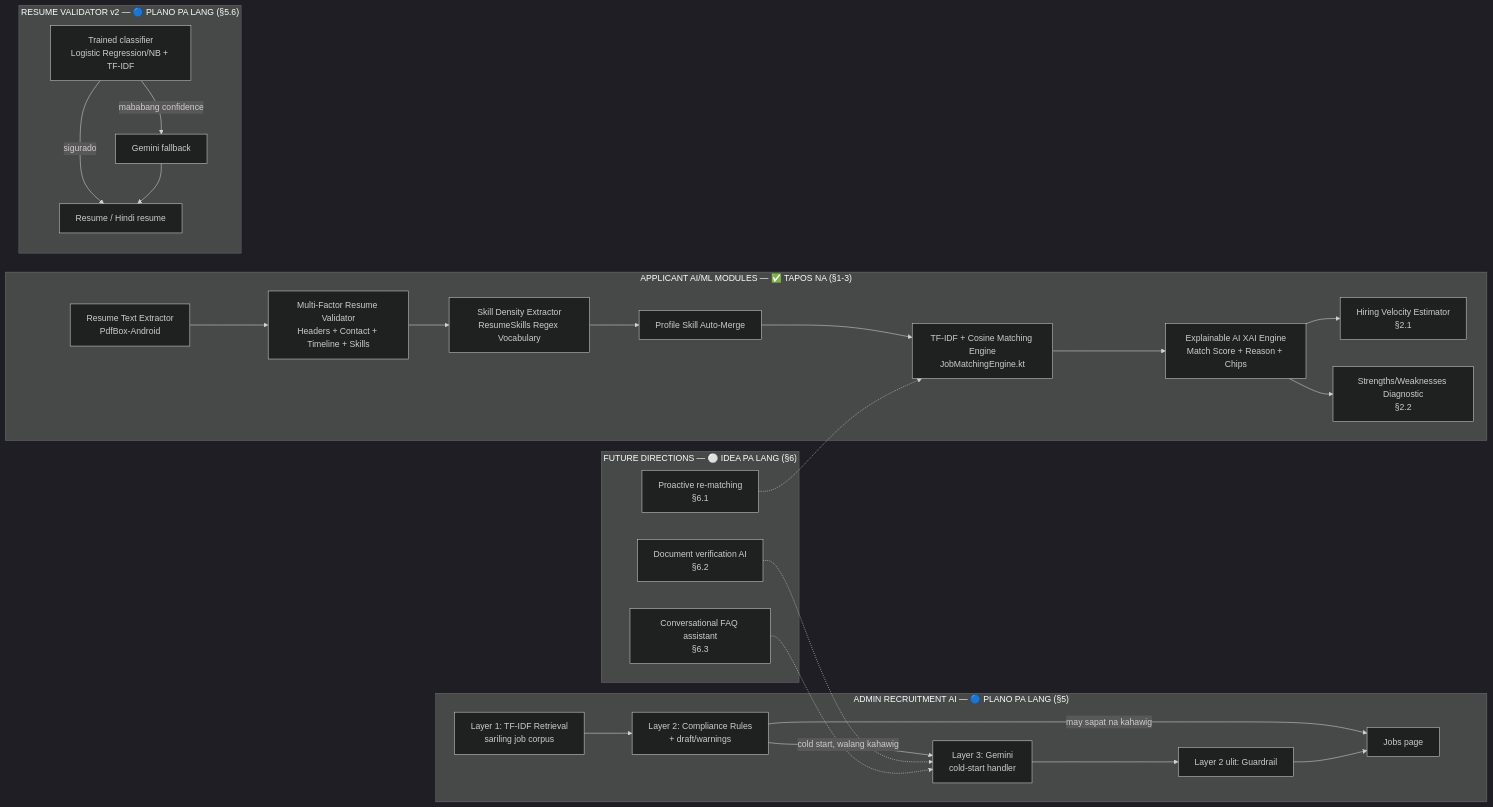
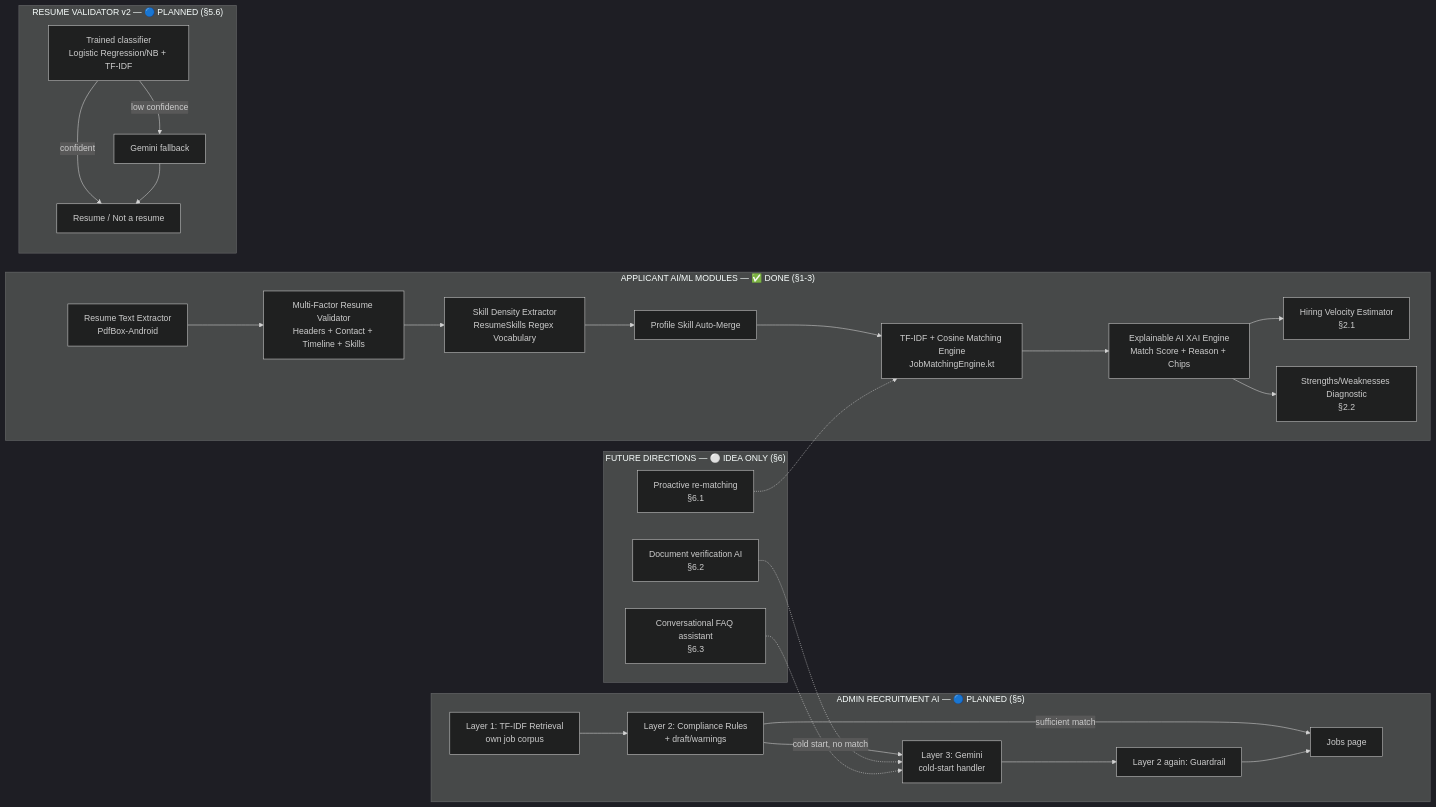
One commit to Khenard-Alt/mrdiy-admin changed the first of 2 diagrams in CapstoneGuidePaper/AIplanning.md. Above: the diagram before and after it, drawn with Mermaid (dark theme). The commit also changed other lines of this file and 19 other files, not shown here.

Commit message:
feat: add AI job description generator, gemini integration, and resume validator dataset pipeline

````diff
--- a/CapstoneGuidePaper/AIplanning.md
+++ b/CapstoneGuidePaper/AIplanning.md
@@ -11,31 +11,31 @@
 ```mermaid
 graph LR
-    subgraph "APPLICANT AI/ML MODULES — ✅ TAPOS NA (§1-3)"
+    subgraph "APPLICANT AI/ML MODULES — ✅ DONE (§1-3)"
         A[Resume Text Extractor<br/>PdfBox-Android] --> B[Multi-Factor Resume Validator<br/>Headers + Contact + Timeline + Skills]
         B --> C[Skill Density Extractor<br/>ResumeSkills Regex Vocabulary]
         C --> D[Profile Skill Auto-Merge]
         D --> E[TF-IDF + Cosine Matching Engine<br/>JobMatchingEngine.kt]
         E --> F[Explainable AI XAI Engine<br/>Match Score + Reason + Chips]
         F --> Z[Hiring Velocity Estimator<br/>§2.1]
         F --> Z2[Strengths/Weaknesses Diagnostic<br/>§2.2]
     end
 
-    subgraph "ADMIN RECRUITMENT AI — 🔵 PLANO PA LANG (§5)"
-        G[Layer 1: TF-IDF Retrieval<br/>sariling job corpus] --> H[Layer 2: Compliance Rules<br/>+ draft/warnings]
-        H -->|cold start, walang kahawig| GM[Layer 3: Gemini<br/>cold-start handler]
-        H -->|may sapat na kahawig| PUB[Jobs page]
-        GM --> H2[Layer 2 ulit: Guardrail] --> PUB
+    subgraph "ADMIN RECRUITMENT AI — 🔵 PLANNED (§5)"
+        G[Layer 1: TF-IDF Retrieval<br/>own job corpus] --> H[Layer 2: Compliance Rules<br/>+ draft/warnings]
+        H -->|cold start, no match| GM[Layer 3: Gemini<br/>cold-start handler]
+        H -->|sufficient match| PUB[Jobs page]
+        GM --> H2[Layer 2 again: Guardrail] --> PUB
     end
 
-    subgraph "RESUME VALIDATOR v2 — 🔵 PLANO PA LANG (§5.6)"
-        RV[Trained classifier<br/>Logistic Regression/NB + TF-IDF] -->|mababang confidence| RVG[Gemini fallback]
-        RV -->|sigurado| RVR[Resume / Hindi resume]
+    subgraph "RESUME VALIDATOR v2 — 🔵 PLANNED (§5.6)"
+        RV[Trained classifier<br/>Logistic Regression/NB + TF-IDF] -->|low confidence| RVG[Gemini fallback]
+        RV -->|confident| RVR[Resume / Not a resume]
         RVG --> RVR
     end
 
-    subgraph "FUTURE DIRECTIONS — ⚪ IDEA PA LANG (§6)"
+    subgraph "FUTURE DIRECTIONS — ⚪ IDEA ONLY (§6)"
         PM[Proactive re-matching<br/>§6.1] -.-> E
         DV[Document verification AI<br/>§6.2] -.-> GM
         FAQ[Conversational FAQ assistant<br/>§6.3] -.-> GM
     end
 ```
````
